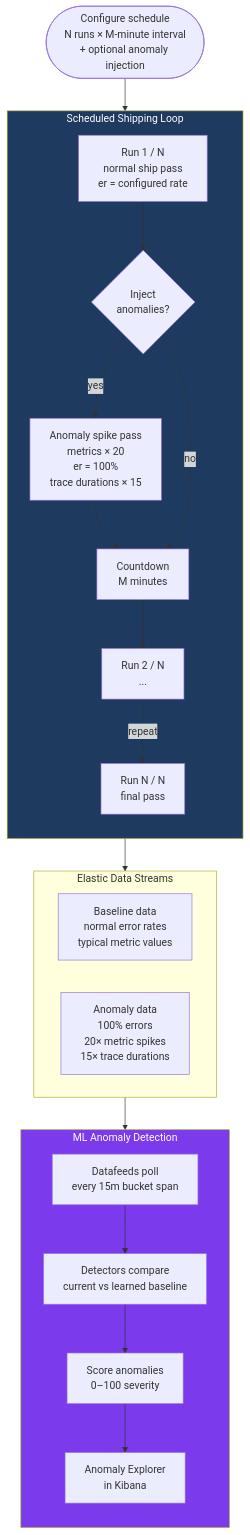
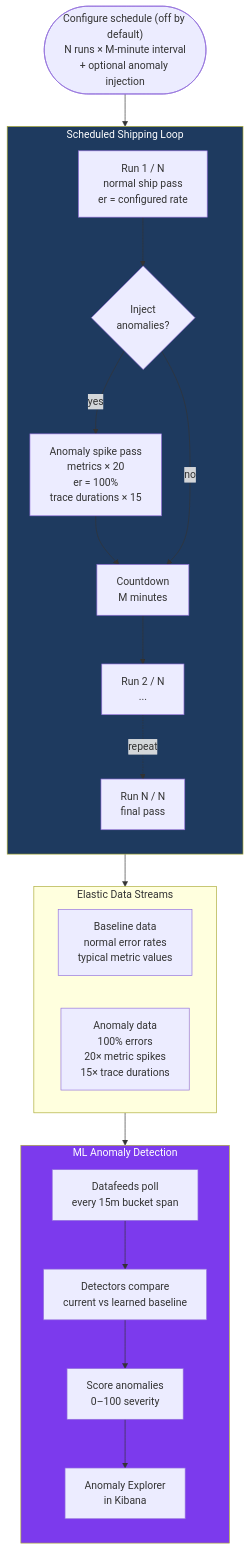
One commit to rkernutt/cloud-to-elastic-load-generator changed the eighth of 14 diagrams in docs/diagrams.md. Above: the diagram before and after it, drawn with Mermaid. The commit also changed other lines of this file and 1112 other files, not shown here.

````diff
--- a/docs/diagrams.md
+++ b/docs/diagrams.md
@@ -518,42 +504,42 @@
 ```mermaid
 flowchart TD
-    CONFIG(["Configure schedule\nN runs × M-minute interval\n+ optional anomaly injection"]) --> RUN1
+    CONFIG(["Configure schedule (off by default)\nN runs × M-minute interval\n+ optional anomaly injection"]) --> RUN1
 
     subgraph SCHED["Scheduled Shipping Loop"]
         direction TB
         RUN1["Run 1 / N\nnormal ship pass\ner = configured rate"]
         INJ1{"Inject\nanomalies?"}
         SPIKE1["Anomaly spike pass\nmetrics × 20\ner = 100%\ntrace durations × 15"]
         WAIT1["Countdown\nM minutes"]
         RUN2["Run 2 / N\n..."]
         RUNN["Run N / N\nfinal pass"]
 
         RUN1 --> INJ1
         INJ1 -->|"yes"| SPIKE1 --> WAIT1
         INJ1 -->|"no"| WAIT1
         WAIT1 --> RUN2
         RUN2 -.->|"repeat"| RUNN
     end
 
     RUNN --> DS
 
     subgraph DS["Elastic Data Streams"]
         direction LR
         BASELINE["Baseline data\nnormal error rates\ntypical metric values"]
         ANOMALY["Anomaly data\n100% errors\n20× metric spikes\n15× trace durations"]
     end
 
     DS --> ML_DETECT
 
     subgraph ML_DETECT["ML Anomaly Detection"]
         direction TB
         FEED["Datafeeds poll\nevery 15m bucket span"]
         DETECT["Detectors compare\ncurrent vs learned baseline"]
         SCORE["Score anomalies\n0–100 severity"]
         ALERT["Anomaly Explorer\nin Kibana"]
         FEED --> DETECT --> SCORE --> ALERT
     end
 
     style SCHED fill:#1e3a5f,color:#fff
     style ML_DETECT fill:#7C3AED,color:#fff
 ```
````
